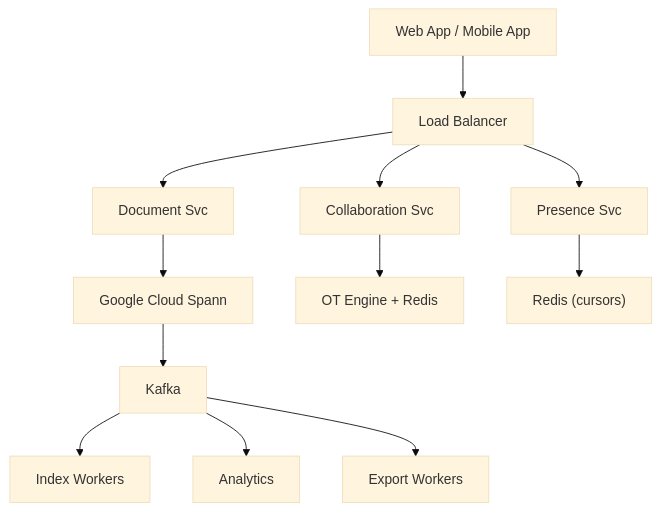
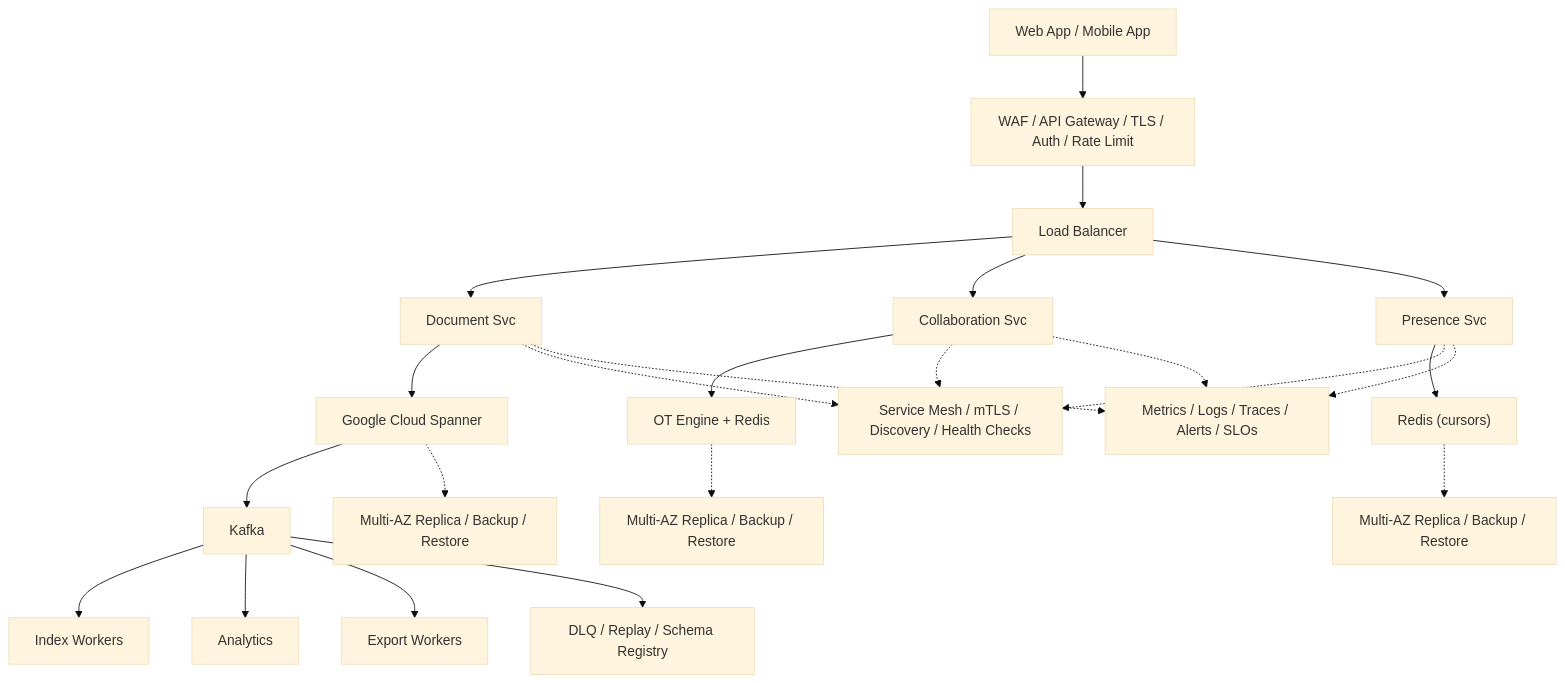
Before and after one commit to aishwary11/system-design: the diagram in system-design-google-docs.md, drawn with Mermaid (base theme). The commit also changed 31 other files, not shown here.

Commit message:
Add production-grade architecture details

````diff
--- a/system-design-google-docs.md
+++ b/system-design-google-docs.md
@@ -35,14 +35,25 @@
 ```mermaid
 flowchart TB
-    clients["Web App / Mobile App"] --> lb["Load Balancer"]
+    clients["Web App / Mobile App"] --> edge["WAF / API Gateway / TLS / Auth / Rate Limit"]
+    edge --> lb["Load Balancer"]
     lb --> svc0["Document Svc"]
     lb --> svc1["Collaboration Svc"]
     lb --> svc2["Presence Svc"]
-    svc0 --> store0["Google Cloud Spann"]
+    svc0 --> store0["Google Cloud Spanner"]
     svc1 --> store1["OT Engine + Redis"]
     svc2 --> store2["Redis (cursors)"]
     store0 --> stream["Kafka"]
     stream --> worker0["Index Workers"]
     stream --> worker1["Analytics"]
     stream --> worker2["Export Workers"]
+    svc0 -.-> platform["Service Mesh / mTLS / Discovery / Health Checks"]
+    svc1 -.-> platform
+    svc2 -.-> platform
+    store0 -.-> backup0["Multi-AZ Replica / Backup / Restore"]
+    store1 -.-> backup1["Multi-AZ Replica / Backup / Restore"]
+    store2 -.-> backup2["Multi-AZ Replica / Backup / Restore"]
+    stream --> dlq["DLQ / Replay / Schema Registry"]
+    svc0 -.-> ops["Metrics / Logs / Traces / Alerts / SLOs"]
+    svc1 -.-> ops
+    svc2 -.-> ops
 ```
````
